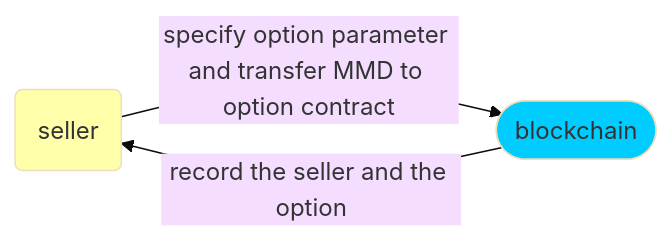
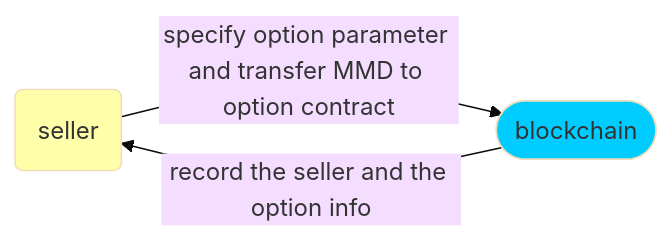
The first of 6 diagrams in README.md (Joe-Bradley/S_K), drawn with Mermaid (base theme) before and after one commit. The commit also changed other lines of this file and 1 other file, not shown here.

````diff
--- a/README.md
+++ b/README.md
@@ -11,9 +17,9 @@
 ```mermaid
 graph LR
 a(seller):::class1 --> |specify option parameter and transfer MMD to option contract|b([blockchain]):::class2
-b -->|record the seller and the option|a(seller):::class1
+b -->|record the seller and the option info|a(seller):::class1
 classDef class1 fill:#ffaf;
 classDef class2 fill:#00ccff;
 classDef class3 fill:#ffe7ba;
 classDef class4 fill:#ff83fa;
 ```
````
